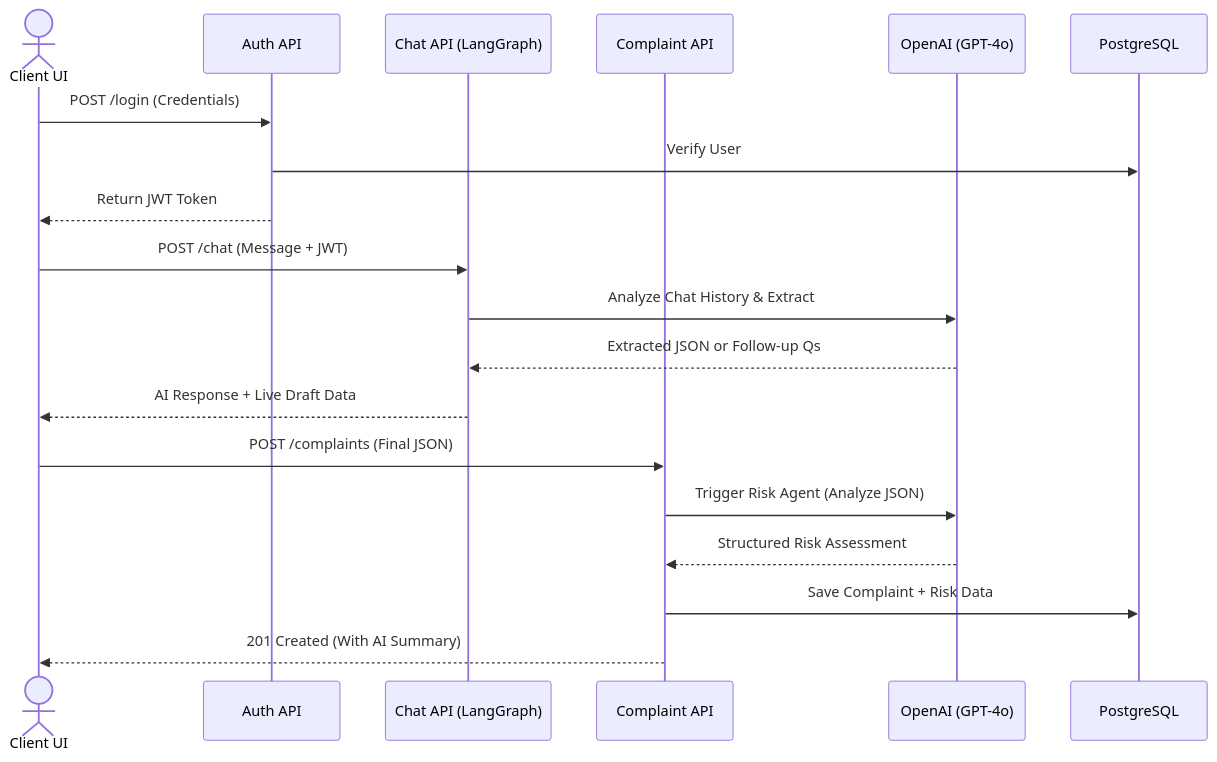
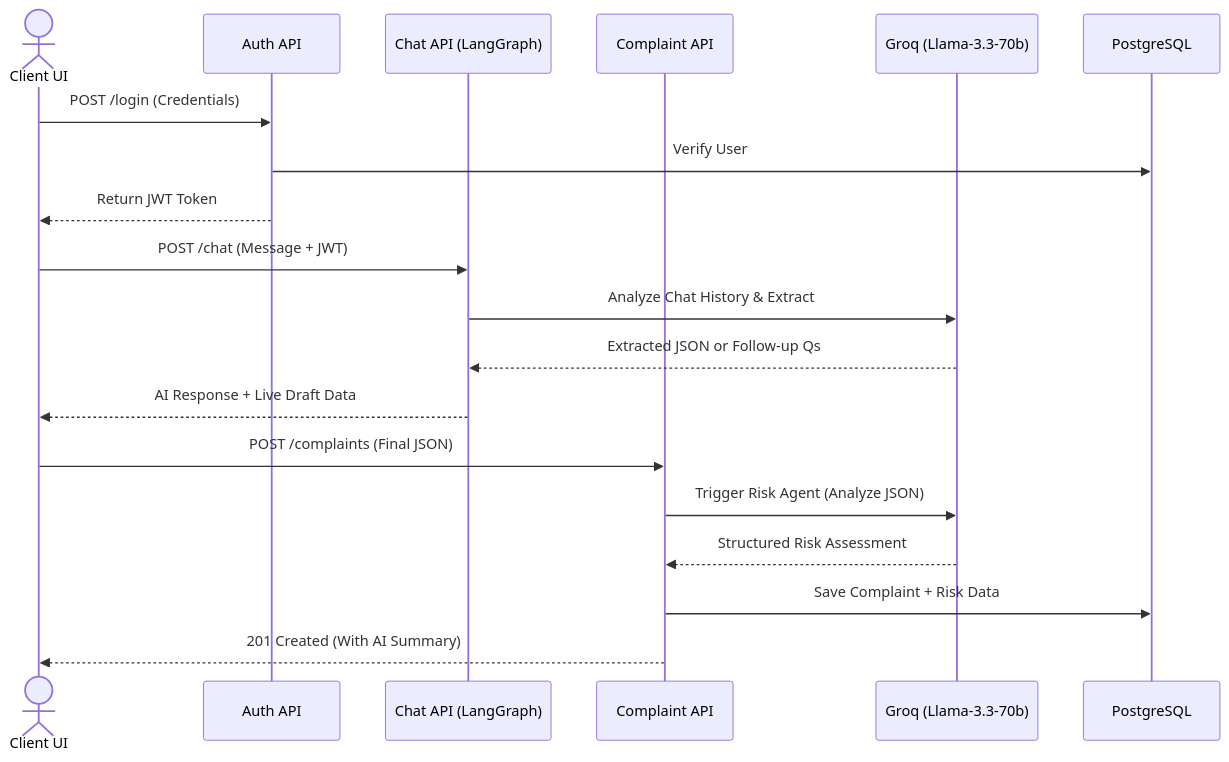
The diagram in README.md (shubhamacharya77/AIVOA_Assessment_Backend), drawn with Mermaid before and after one commit. The commit also changed other lines of this file, not shown here.

````diff
--- a/README.md
+++ b/README.md
@@ -36,27 +37,27 @@
 ```mermaid
 sequenceDiagram
     actor User as Client UI
     participant Auth as Auth API
     participant Chat as Chat API (LangGraph)
     participant Comp as Complaint API
-    participant LLM as OpenAI (GPT-4o)
+    participant LLM as Groq (Llama-3.3-70b)
     participant DB as PostgreSQL
 
     %% 1. Authentication Flow
     User->>Auth: POST /login (Credentials)
     Auth->>DB: Verify User
     Auth-->>User: Return JWT Token
 
     %% 2. Conversational Extraction Flow
     User->>Chat: POST /chat (Message + JWT)
     Chat->>LLM: Analyze Chat History & Extract
     LLM-->>Chat: Extracted JSON or Follow-up Qs
     Chat-->>User: AI Response + Live Draft Data
 
     %% 3. Risk Assessment & Submission Flow
     User->>Comp: POST /complaints (Final JSON)
     Comp->>LLM: Trigger Risk Agent (Analyze JSON)
     LLM-->>Comp: Structured Risk Assessment
     Comp->>DB: Save Complaint + Risk Data
     Comp-->>User: 201 Created (With AI Summary)
 ```
````
